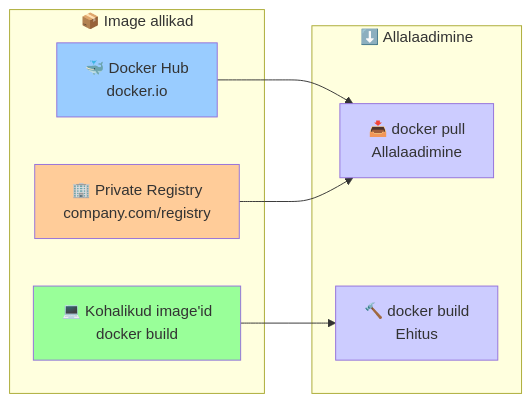
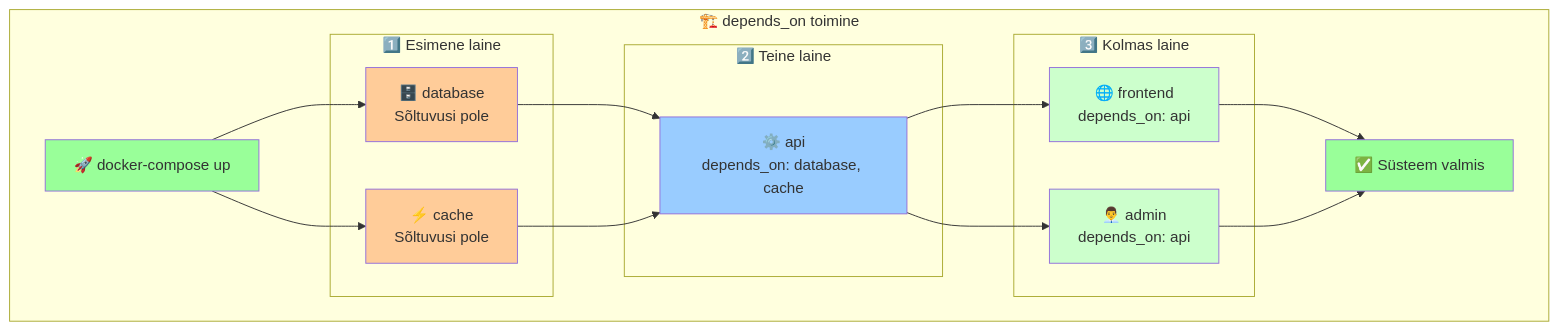
Before and after one commit to mtalvik/automatiseerimine_ext: the sixth of 12 diagrams in docker_orchestration/lecture.md, drawn with Mermaid. The commit also changed other lines of this file, not shown here.

````diff
--- a/docker_orchestration/lecture.md
+++ b/docker_orchestration/lecture.md
@@ -528,23 +386,39 @@
 ```mermaid
-graph LR
-    subgraph "📦 Image allikad"
-        DockerHub[🐳 Docker Hub<br/>docker.io]
-        Private[🏢 Private Registry<br/>company.com/registry]
-        Local[💻 Kohalikud image'id<br/>docker build]
+graph TD
+    subgraph "🏗️ depends_on toimine"
+        Start[🚀 docker-compose up]
+        
+        subgraph "1️⃣ Esimene laine"
+            DB[🗄️ database<br/>Sõltuvusi pole]
+            Cache[⚡ cache<br/>Sõltuvusi pole]
+        end
+        
+        subgraph "2️⃣ Teine laine"
+            API[⚙️ api<br/>depends_on: database, cache]
+        end
+        
+        subgraph "3️⃣ Kolmas laine"
+            Web[🌐 frontend<br/>depends_on: api]
+            Admin[👨‍💼 admin<br/>depends_on: api]
+        end
+        
+        Ready[✅ Süsteem valmis]
     end
     
-    subgraph "⬇️ Allalaadimine"
-        Pull[📥 docker pull<br/>Allalaadimine]
-        Build[🔨 docker build<br/>Ehitus]
-    end
+    Start --> DB
+    Start --> Cache
+    DB --> API
+    Cache --> API
+    API --> Web
+    API --> Admin
+    Web --> Ready
+    Admin --> Ready
     
-    DockerHub --> Pull
-    Private --> Pull
-    Local --> Build
-    
-    style DockerHub fill:#99ccff
-    style Private fill:#ffcc99
-    style Local fill:#99ff99
-    style Pull fill:#ccccff
-    style Build fill:#ccccff
+    style Start fill:#99ff99
+    style Ready fill:#99ff99
+    style DB fill:#ffcc99
+    style Cache fill:#ffcc99
+    style API fill:#99ccff
+    style Web fill:#ccffcc
+    style Admin fill:#ccffcc
 ```
````
